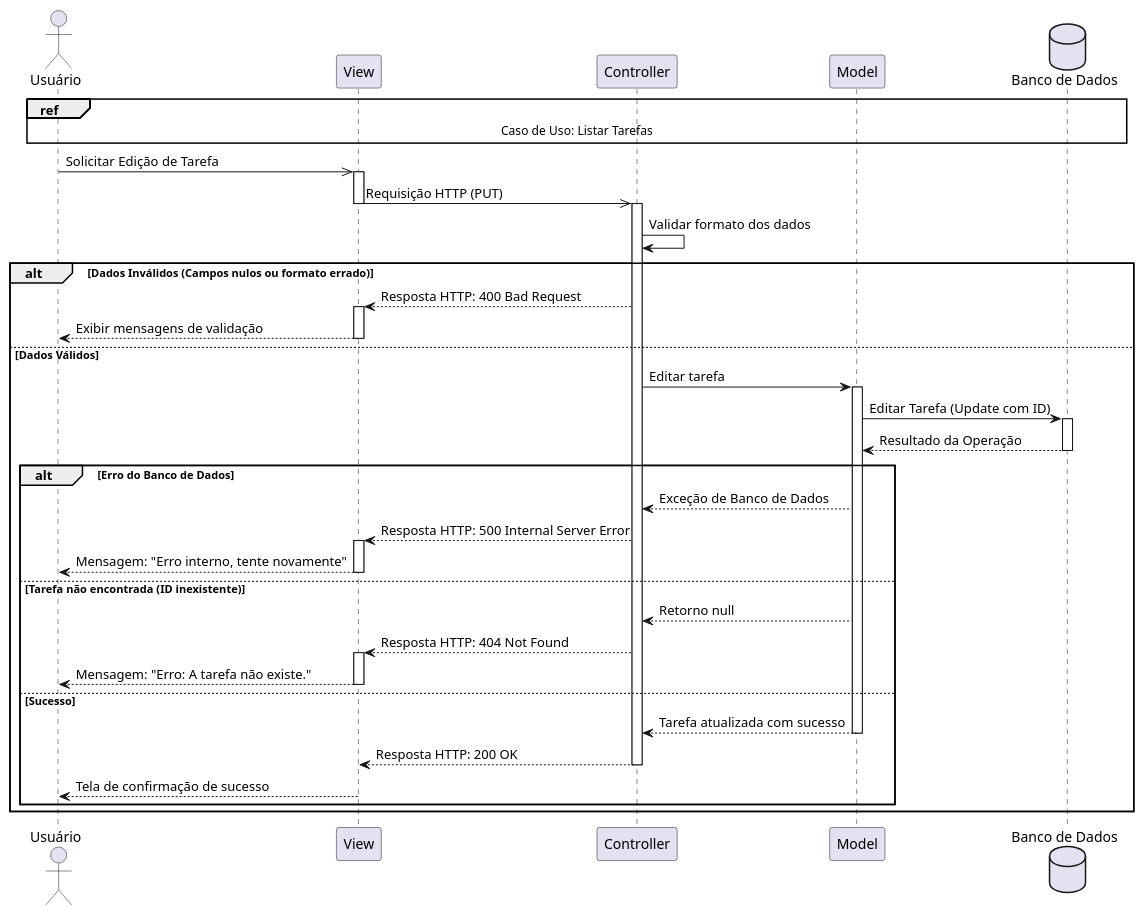
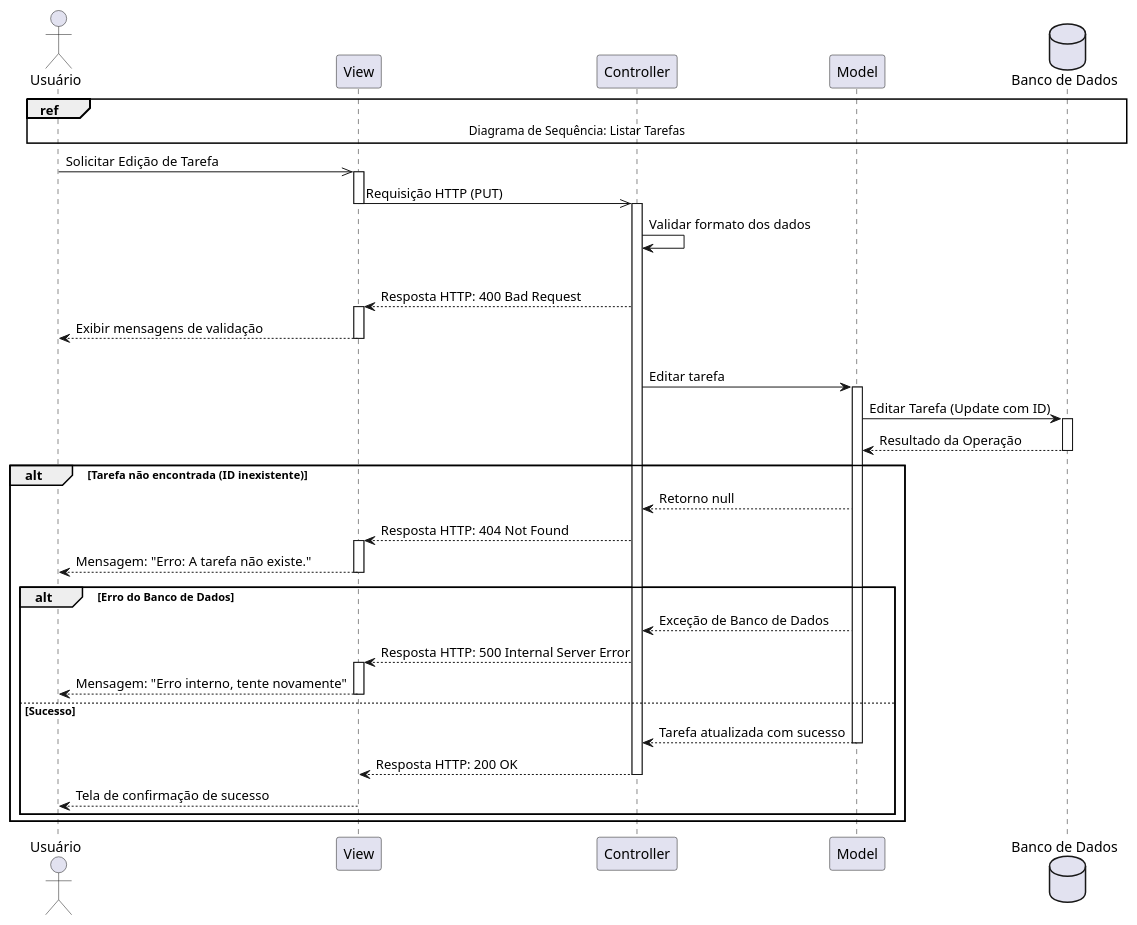
The diagram in UML/Sequencias/editar_tarefas.puml (fcolona/ProjetoFinalAPOO), drawn with PlantUML before and after one commit. The commit also changed 5 other files, not shown here.

Commit message:
Pequenos Ajustes nos Diagramas

```diff
--- a/UML/Sequencias/editar_tarefas.puml
+++ b/UML/Sequencias/editar_tarefas.puml
@@ -1,67 +1,67 @@
 @startuml "Diagrama de Sequência - Editar Tarefa"
 
 actor "Usuário" as User
 participant "View"
 participant "Controller"
 participant "Model"
 database "Banco de Dados" as DB
 
 ref over User, View, Controller, Model, DB
-  Caso de Uso: Listar Tarefas
+  Diagrama de Sequência: Listar Tarefas
 end ref
 
 User ->> View : Solicitar Edição de Tarefa
 activate View
 
 View ->> Controller : Requisição HTTP (PUT)
 deactivate View
 activate Controller
 
 Controller -> Controller : Validar formato dos dados
 
 alt Dados Inválidos (Campos nulos ou formato errado)
     ' CASO DE ERRO 1: Validação de Formato falhou
     View <-- Controller : Resposta HTTP: 400 Bad Request
     activate View
     User <-- View : Exibir mensagens de validação
     deactivate View
 
 else Dados Válidos
     Controller -> Model : Editar tarefa
     activate Model
 
     Model -> DB : Editar Tarefa (Update com ID)
     activate DB
     Model <-- DB : Resultado da Operação
     deactivate DB
 
+    alt Tarefa não encontrada (ID inexistente)
+        ' CASO DE ERRO 2: Recurso não encontrado
+        Controller <-- Model : Retorno null
+        View <-- Controller : Resposta HTTP: 404 Not Found
+        activate View
+        User <-- View : Mensagem: "Erro: A tarefa não existe."
+        deactivate View
+
     alt Erro do Banco de Dados
-        ' CASO DE ERRO 2: Falha Interna
+        ' CASO DE ERRO 3: Falha Interna
         Controller <-- Model : Exceção de Banco de Dados
         View <-- Controller : Resposta HTTP: 500 Internal Server Error
         activate View
         User <-- View : Mensagem: "Erro interno, tente novamente"
-        deactivate View
-        
-    else Tarefa não encontrada (ID inexistente)
-        ' CASO DE ERRO 3: Recurso não encontrado
-        Controller <-- Model : Retorno null
-        View <-- Controller : Resposta HTTP: 404 Not Found
-        activate View
-        User <-- View : Mensagem: "Erro: A tarefa não existe."
         deactivate View
         
     else Sucesso
         ' Caminho de Sucesso
         Controller <-- Model : Tarefa atualizada com sucesso
         deactivate Model
         
         View <-- Controller : Resposta HTTP: 200 OK
         deactivate Controller
             
         User <-- View : Tela de confirmação de sucesso
         deactivate View
     end
 end
 
 @enduml
```
